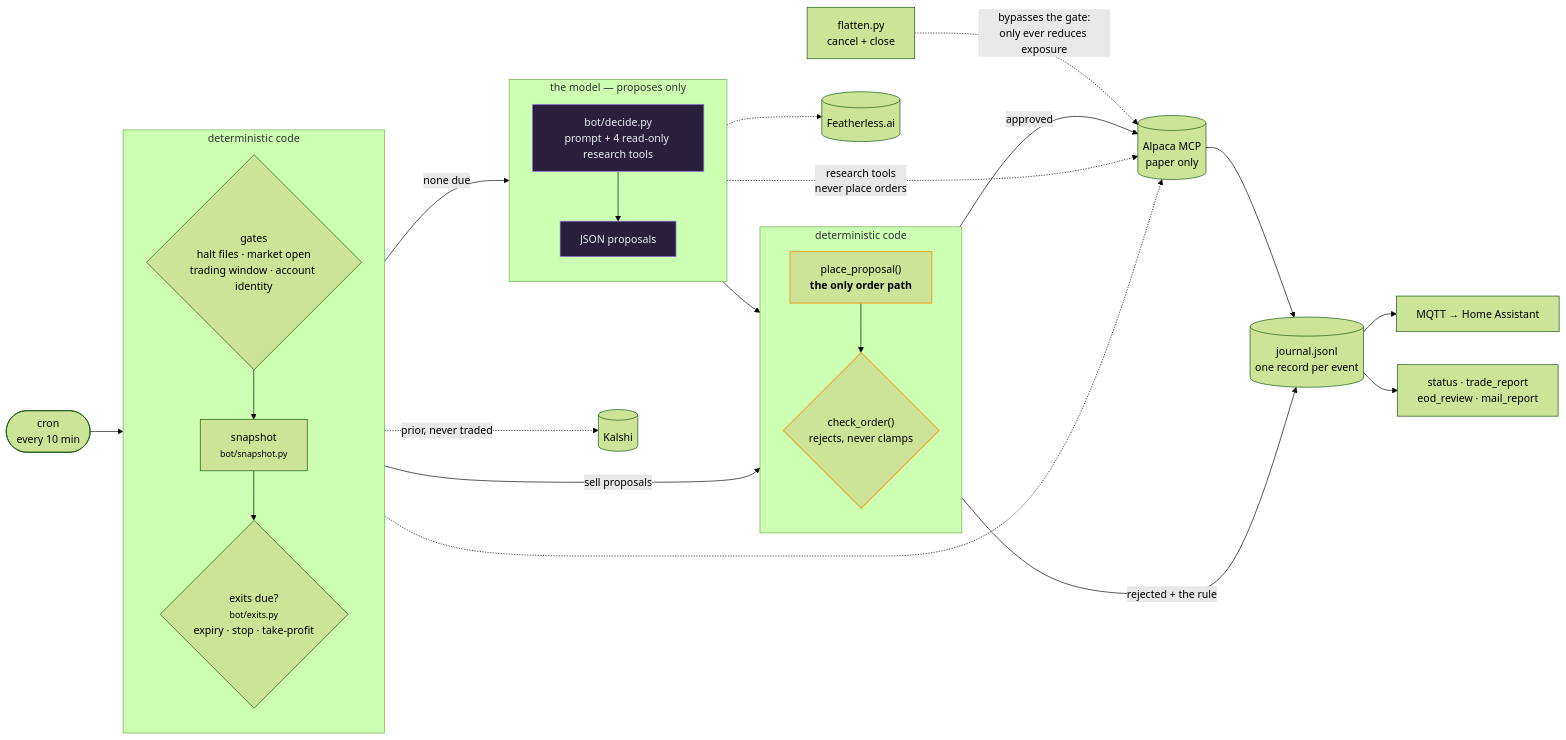
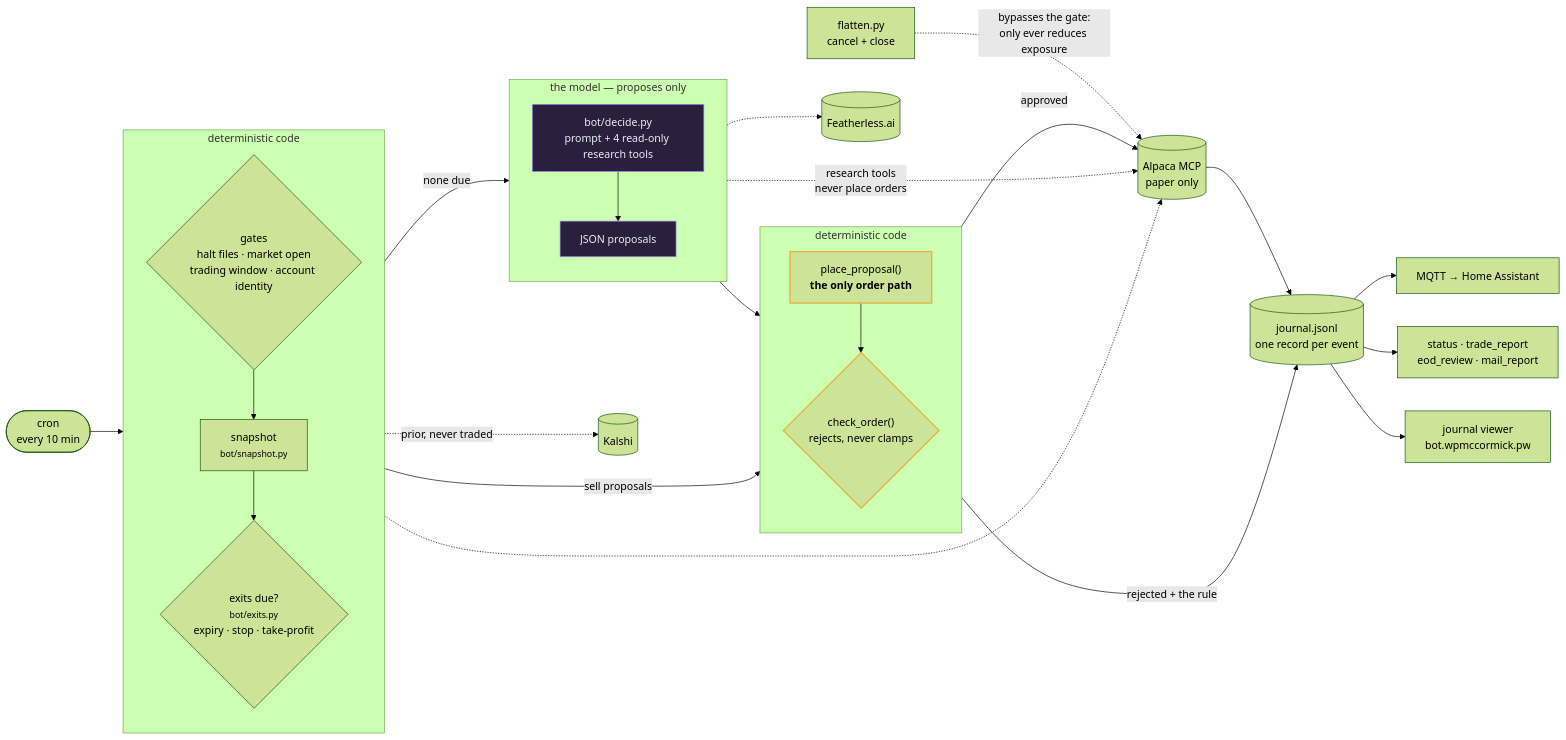
Before and after one commit to bill-mccormick-dg/alpaca-hackathon: the diagram in README.md, drawn with Mermaid (forest theme). The commit also changed other lines of this file and 6 other files, not shown here.

First line of the commit message:
docs: the realtime remote journal viewer (#156)

````diff
--- a/README.md
+++ b/README.md
@@ -82,42 +82,43 @@
 ```mermaid
 flowchart LR
   cron([cron<br/>every 10 min]) --> gates
 
   subgraph pre [deterministic code]
     direction TB
     gates{"gates<br/>halt files · market open<br/>trading window · account identity"} --> snap["snapshot<br/><small>bot/snapshot.py</small>"]
     snap --> exits{"exits due?<br/><small>bot/exits.py</small><br/>expiry · stop · take-profit"}
   end
 
   subgraph llm [the model — proposes only]
     direction TB
     decide["bot/decide.py<br/>prompt + 4 read-only research tools"] --> props["JSON proposals"]
   end
 
   subgraph post [deterministic code]
     direction TB
     funnel["place_proposal()<br/><b>the only order path</b>"] --> gate{"check_order()<br/>rejects, never clamps"}
   end
 
   exits -- "sell proposals" --> funnel
   exits -- "none due" --> decide
   props --> funnel
   gate -- "approved" --> mcp
   gate -- "rejected + the rule" --> jrnl
 
   snap -.-> mcp
   snap -. "prior, never traded" .-> kalshi[(Kalshi)]
   decide -.-> feath[(Featherless.ai)]
   decide -. "research tools<br/>never place orders" .-> mcp
 
   mcp[(Alpaca MCP<br/>paper only)] --> jrnl[("journal.jsonl<br/>one record per event")]
   jrnl --> ha["MQTT → Home Assistant"]
   jrnl --> rpt["status · trade_report<br/>eod_review · mail_report"]
+  jrnl --> web["journal viewer<br/>bot.wpmccormick.pw"]
 
   flat["flatten.py<br/>cancel + close"] -. "bypasses the gate:<br/>only ever reduces exposure" .-> mcp
 
   classDef model fill:#2a1f3d,stroke:#a78bfa,color:#e6edf3
   classDef danger stroke:#e3b341,stroke-width:2px
   class decide,props model
   class funnel,gate danger
 ```
````
